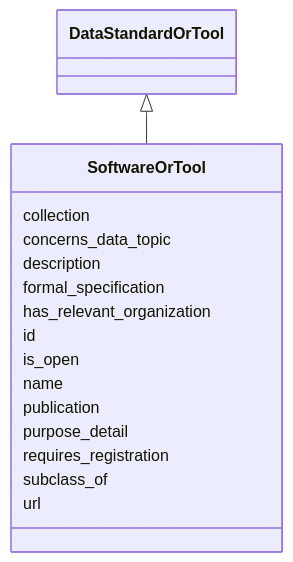
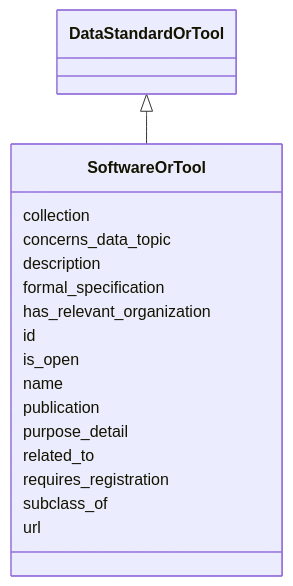
The diagram in docs/SoftwareOrTool.md (bridge2ai/standards-schemas), drawn with Mermaid before and after one commit. The commit also changed other lines of this file and 65 other files, not shown here.

````diff
--- a/docs/SoftwareOrTool.md
+++ b/docs/SoftwareOrTool.md
@@ -11,20 +11,21 @@
 ```mermaid
  classDiagram
     class SoftwareOrTool
       DataStandardOrTool <|-- SoftwareOrTool
       
       SoftwareOrTool : collection
       SoftwareOrTool : concerns_data_topic
       SoftwareOrTool : description
       SoftwareOrTool : formal_specification
       SoftwareOrTool : has_relevant_organization
       SoftwareOrTool : id
       SoftwareOrTool : is_open
       SoftwareOrTool : name
       SoftwareOrTool : publication
       SoftwareOrTool : purpose_detail
+      SoftwareOrTool : related_to
       SoftwareOrTool : requires_registration
       SoftwareOrTool : subclass_of
       SoftwareOrTool : url
       
 ```
````
